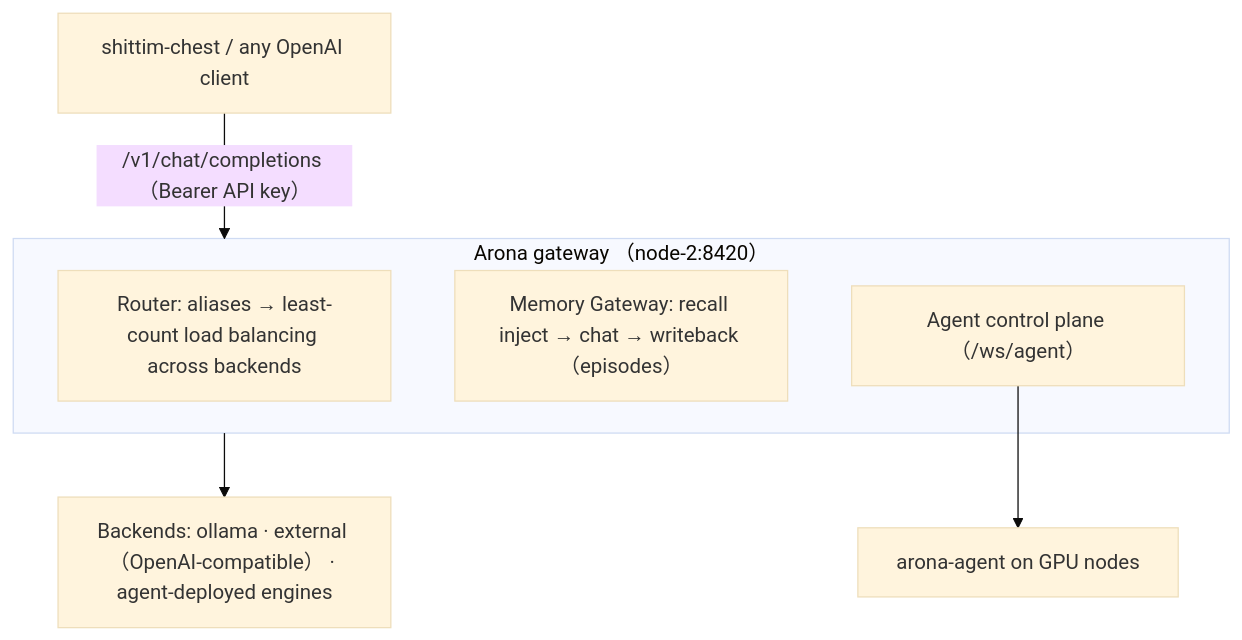
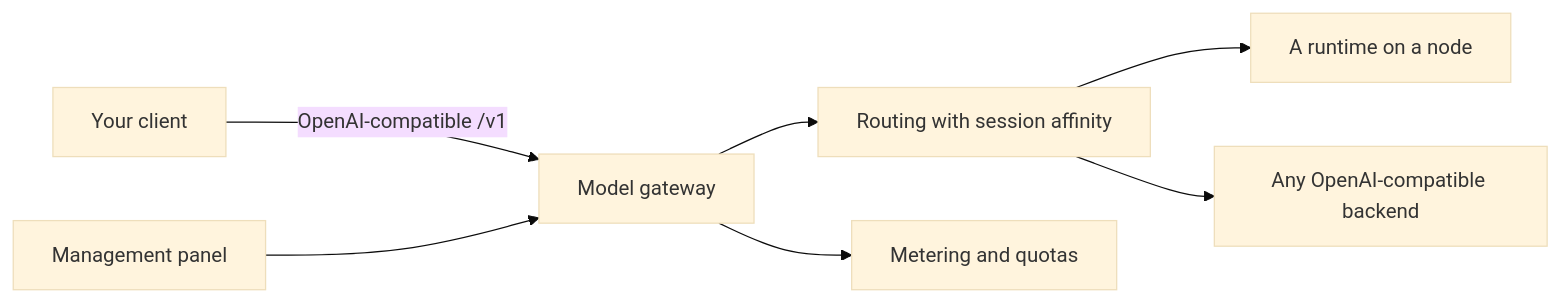
Before and after one commit to celestia-island/docs.celestia.world: the diagram in docs/ar/platforms/arona.md, drawn with Mermaid (base theme). The commit also changed other lines of this file and 198 other files, not shown here.

First line of the commit message:
📝 Retire dated roadmap and unpublished internals from the public hub. (#103)

````diff
--- a/docs/ar/platforms/arona.md
+++ b/docs/ar/platforms/arona.md
@@ -10,12 +10,9 @@
 ```mermaid
-flowchart TD
-    C["shittim-chest / any OpenAI client"]
-    subgraph G["Arona gateway （node-2:8420）"]
-        N0["Router: aliases → least-count load balancing across backends"]
-        N1["Memory Gateway: recall inject → chat → writeback （episodes）"]
-        N2["Agent control plane （/ws/agent）"]
-    end
-    C -->|"/v1/chat/completions （Bearer API key）"| G
-    N2 --> T["arona-agent on GPU nodes"]
-    G --> B["Backends: ollama · external （OpenAI-compatible） · agent-deployed engines"]
+flowchart LR
+    C["Your client"] -->|"OpenAI-compatible /v1"| G["Model gateway"]
+    P["Management panel"] --> G
+    G --> R["Routing with session affinity"]
+    R --> B1["A runtime on a node"]
+    R --> B2["Any OpenAI-compatible backend"]
+    G --> M["Metering and quotas"]
 ```
````
